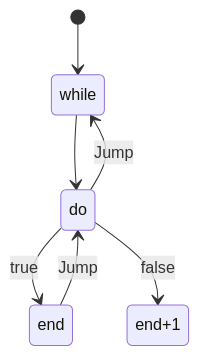
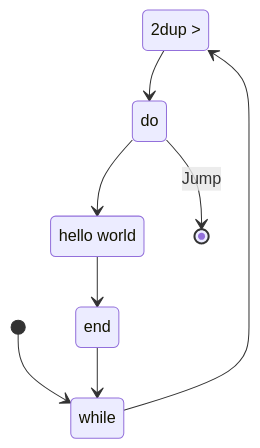
Before and after one commit to sneaky-potato/goof: the second of 2 diagrams in CONTROL-FLOW.md, drawn with Mermaid. The commit also changed other lines of this file and 1 other file, not shown here.

Commit message:
Refactor control flow

````diff
--- a/CONTROL-FLOW.md
+++ b/CONTROL-FLOW.md
@@ -59,9 +51,12 @@
 ```mermaid
 stateDiagram
+    state "2dup >" as whileCondition
+    state "hello world" as whileBody
     [*] --> while
-    while --> do
-    do --> while: Jump
-    end --> do: Jump
-    do --> end: true
-    do --> end+1: false
+    while --> whileCondition
+    whileCondition --> do
+    do --> [*]: Jump
+    do --> whileBody
+    whileBody --> end
+    end --> while
 ```
````
